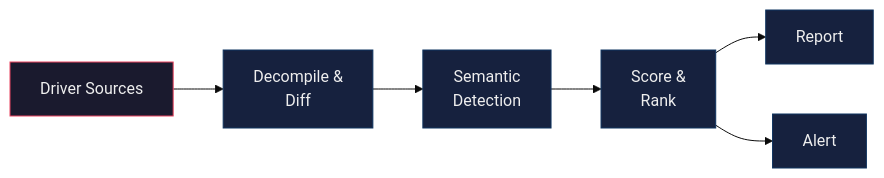
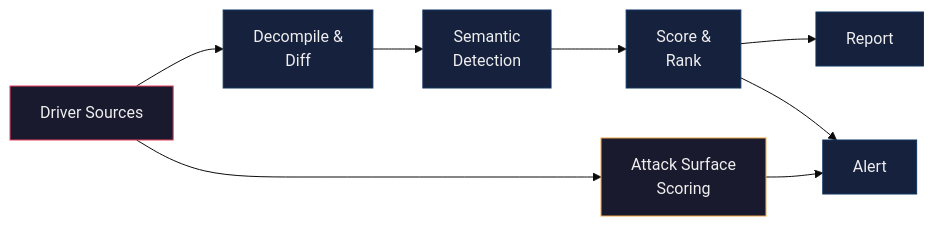
Before and after one commit to splintersfury/splintersfury: the diagram in README.md, drawn with Mermaid (base theme). The commit also changed other lines of this file, not shown here.

Commit message:
Add DriverAtlas project and attack surface triage to profile

````diff
--- a/README.md
+++ b/README.md
@@ -21,11 +21,14 @@
 ```mermaid
 graph LR
     sources["Driver Sources"]:::src --> analyze["Decompile &<br/>Diff"]
+    sources --> triage["Attack Surface<br/>Scoring"]:::triage
     analyze --> detect["Semantic<br/>Detection"]
     detect --> score["Score &<br/>Rank"]
     score --> report["Report"]
     score --> alert["Alert"]
+    triage --> alert
 
     classDef src fill:#1a1a2e,stroke:#e94560,color:#eee
+    classDef triage fill:#1a1a2e,stroke:#e9a345,color:#eee
     classDef default fill:#16213e,stroke:#0f3460,color:#eee
 ```
````
